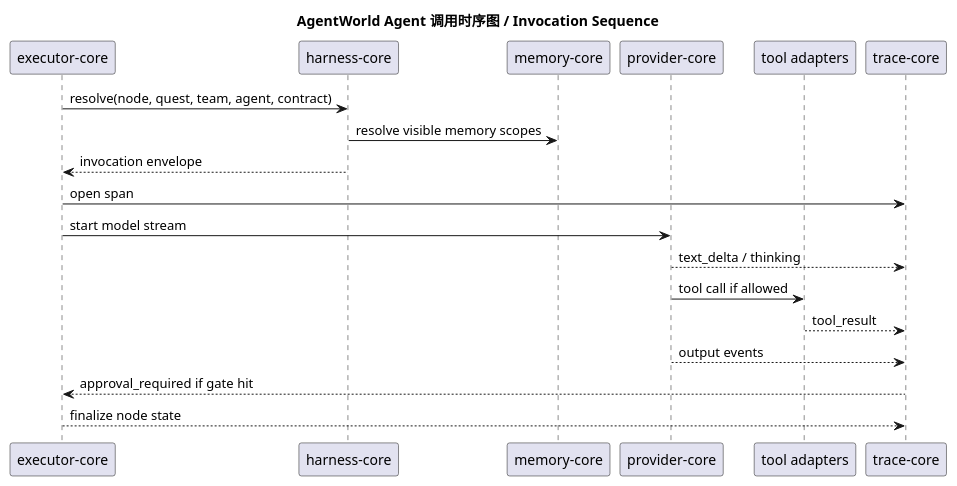
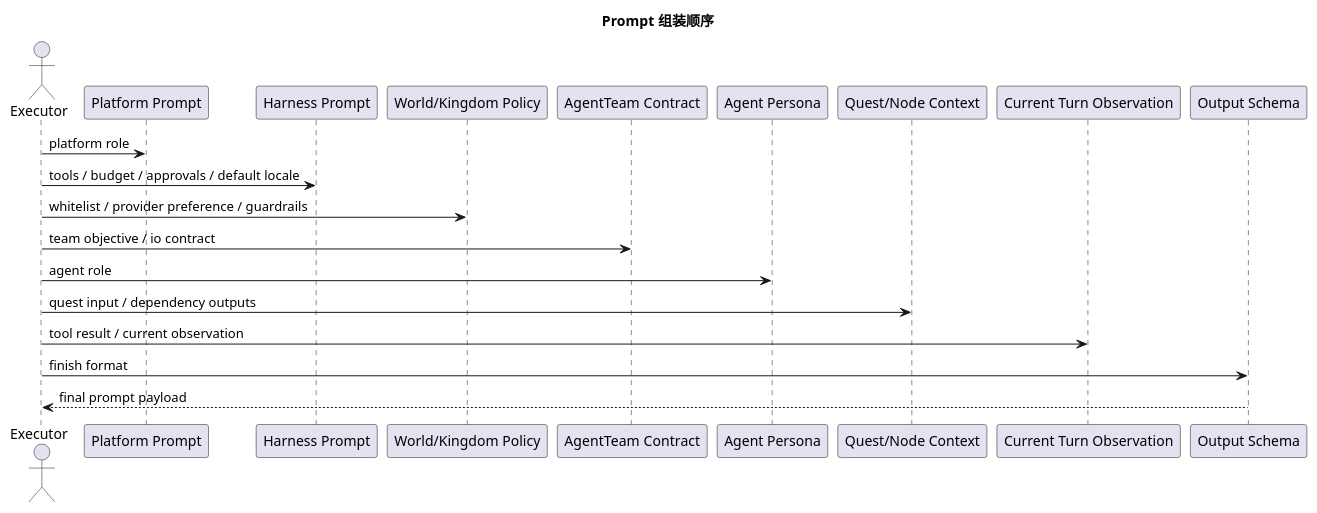
The seventh of 7 diagrams in docs/detailed-design.zh-CN.md (SimonMing47/agent-world), drawn with PlantUML before and after one commit. The commit also changed other lines of this file and 29 other files, not shown here.

````diff
--- a/docs/detailed-design.zh-CN.md
+++ b/docs/detailed-design.zh-CN.md
@@ -1106,25 +1256,24 @@
 ```plantuml
 @startuml
-title AgentWorld Agent 调用时序图 / Invocation Sequence
+title Prompt 组装顺序
+actor Executor
+participant "Platform Prompt" as P1
+participant "Harness Prompt" as P2
+participant "World/Kingdom Policy" as P3
+participant "AgentTeam Contract" as P4
+participant "Agent Persona" as P5
+participant "Quest/Node Context" as P6
+participant "Current Turn Observation" as P7
+participant "Output Schema" as P8
 
-participant "executor-core" as Executor
-participant "harness-core" as Harness
-participant "memory-core" as Memory
-participant "provider-core" as Provider
-participant "tool adapters" as Tools
-participant "trace-core" as Trace
-
-Executor -> Harness : resolve(node, quest, team, agent, contract)
-Harness -> Memory : resolve visible memory scopes
-Harness --> Executor : invocation envelope
-Executor -> Trace : open span
-Executor -> Provider : start model stream
-Provider --> Trace : text_delta / thinking
-Provider -> Tools : tool call if allowed
-Tools --> Trace : tool_result
-Provider --> Trace : output events
-Trace --> Executor : approval_required if gate hit
-Executor --> Trace : finalize node state
-
+Executor -> P1 : platform role
+Executor -> P2 : tools / budget / approvals / default locale
+Executor -> P3 : whitelist / provider preference / guardrails
+Executor -> P4 : team objective / io contract
+Executor -> P5 : agent role
+Executor -> P6 : quest input / dependency outputs
+Executor -> P7 : tool result / current observation
+Executor -> P8 : finish format
+P8 --> Executor : final prompt payload
 @enduml
 ```
````
